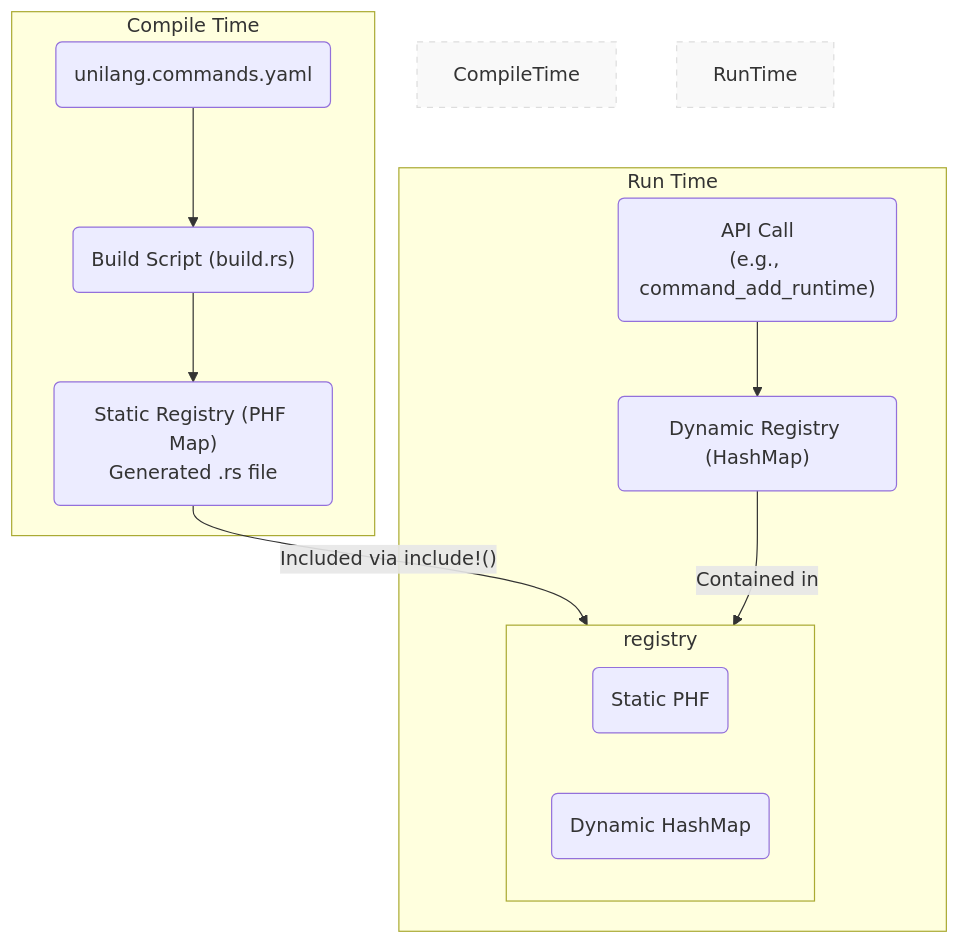
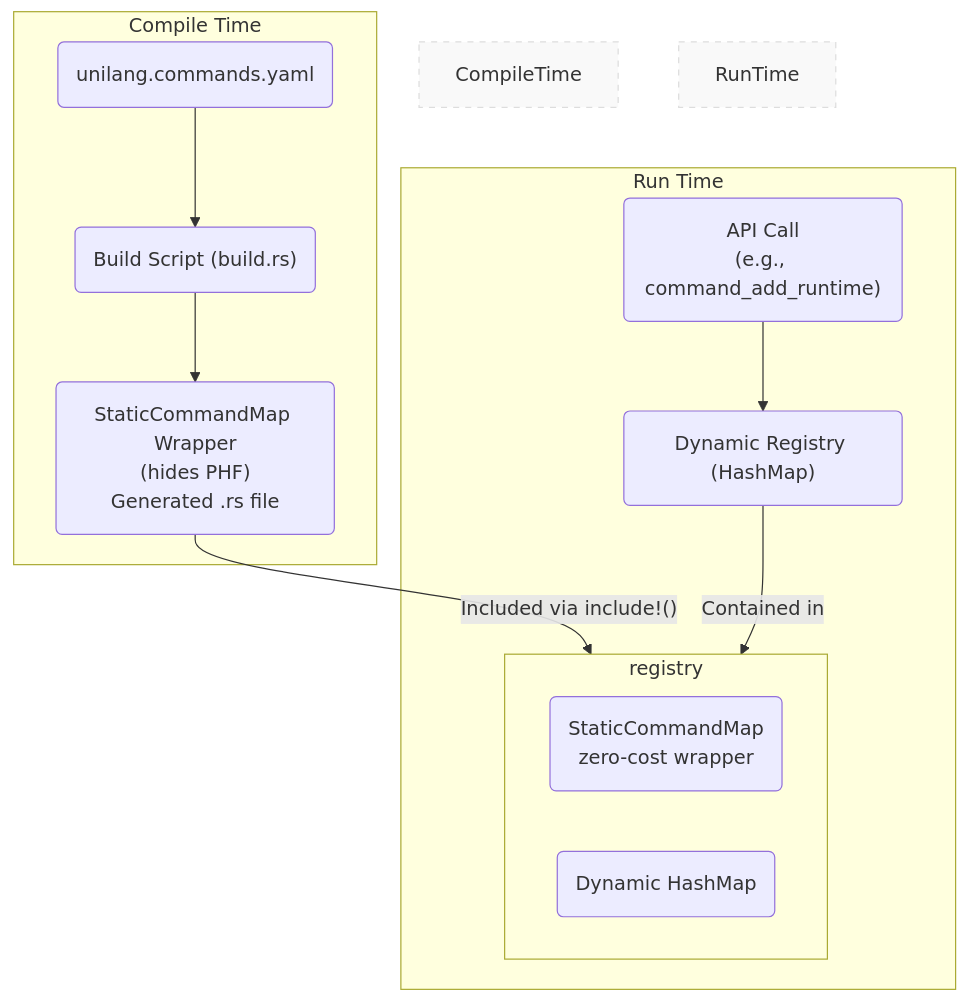
The fourth of 5 diagrams in module/move/unilang/spec.md (Wandalen/wTools), drawn with Mermaid before and after one commit. The commit also changed other lines of this file and 48 other files, not shown here.

First line of the commit message:
refactor: Hide PHF implementation behind wrapper type

````diff
--- a/module/move/unilang/spec.md
+++ b/module/move/unilang/spec.md
@@ -402,30 +471,30 @@
 ```mermaid
 graph TD
     subgraph "Compile Time"
         style CompileTime fill:#f9f9f9,stroke:#ddd,stroke-dasharray: 5 5
         manifest("unilang.commands.yaml")
         build_rs("Build Script (build.rs)")
-        phf_map("Static Registry (PHF Map)<br/>Generated .rs file")
+        phf_map("StaticCommandMap Wrapper<br/>(hides PHF)<br/>Generated .rs file")
 
         manifest --> build_rs
         build_rs --> phf_map
     end
 
     subgraph "Run Time"
         style RunTime fill:#f9f9f9,stroke:#ddd,stroke-dasharray: 5 5
         api_call("API Call<br/>(e.g., command_add_runtime)")
         dynamic_map("Dynamic Registry (HashMap)")
         registry["Hybrid CommandRegistry"]
 
         api_call --> dynamic_map
 
         subgraph registry
             direction LR
-            phf_map_ref(Static PHF)
+            phf_map_ref(StaticCommandMap<br/>zero-cost wrapper)
             dynamic_map_ref(Dynamic HashMap)
         end
 
         phf_map -- "Included via include!()" --> phf_map_ref
         dynamic_map -- "Contained in" --> dynamic_map_ref
     end
 ```
````
